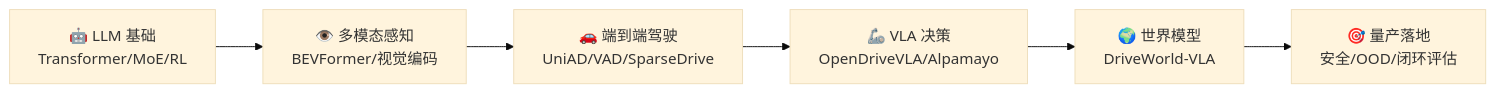
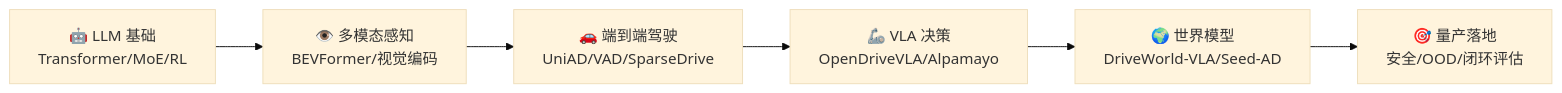
Before and after one commit to yuhuali1989/signal: the diagram in README.md, drawn with Mermaid (base theme). The commit also changed other lines of this file, not shown here.

````diff
--- a/README.md
+++ b/README.md
@@ -406,8 +340,8 @@
 ```mermaid
 graph LR
     A[🤖 LLM 基础<br/>Transformer/MoE/RL] --> B[👁️ 多模态感知<br/>BEVFormer/视觉编码]
     B --> C[🚗 端到端驾驶<br/>UniAD/VAD/SparseDrive]
     C --> D[🦾 VLA 决策<br/>OpenDriveVLA/Alpamayo]
-    D --> E[🌍 世界模型<br/>DriveWorld-VLA]
+    D --> E[🌍 世界模型<br/>DriveWorld-VLA/Seed-AD]
     E --> F[🎯 量产落地<br/>安全/OOD/闭环评估]
 ```
````
